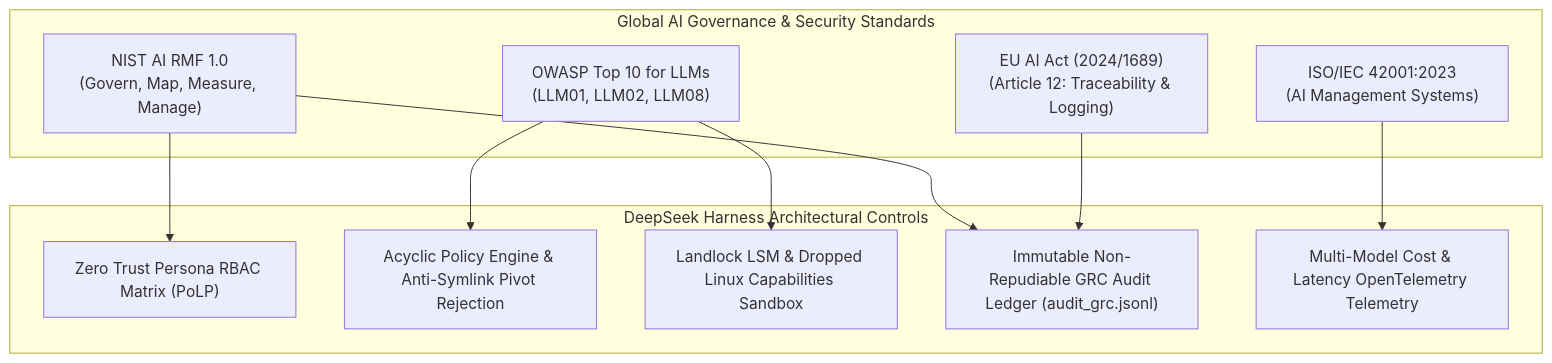
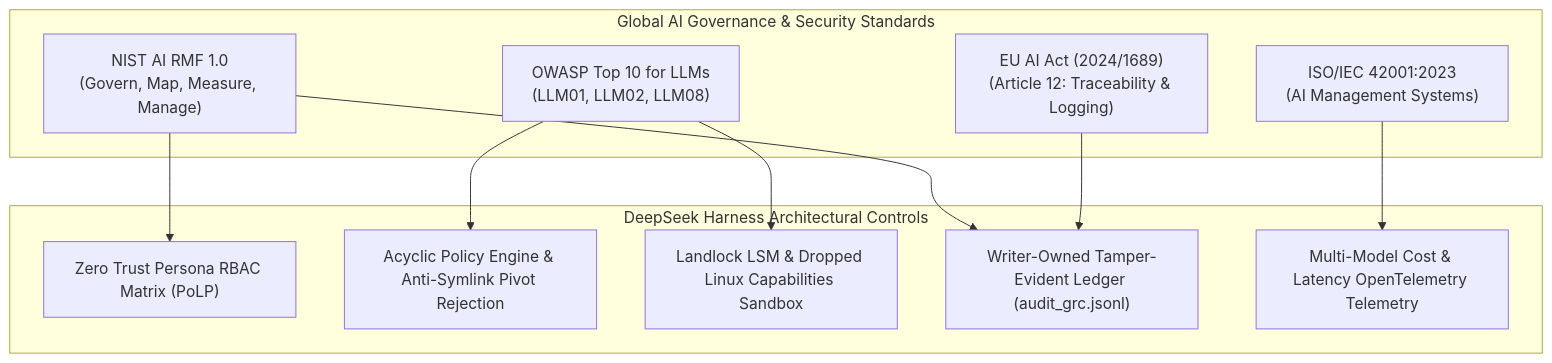
Before and after one commit to hdjebar/DSH-DDS: the third of 4 diagrams in docs/architecture/sota-whitepaper.md, drawn with Mermaid. The commit also changed other lines of this file and 17 other files, not shown here.

Commit message:
docs: align security documentation and diagrams

````diff
--- a/docs/architecture/sota-whitepaper.md
+++ b/docs/architecture/sota-whitepaper.md
@@ -233,24 +233,24 @@
 ```mermaid
 flowchart TD
     subgraph Standards ["Global AI Governance & Security Standards"]
         NIST["NIST AI RMF 1.0\n(Govern, Map, Measure, Manage)"]
         OWASP["OWASP Top 10 for LLMs\n(LLM01, LLM02, LLM08)"]
         EU_ACT["EU AI Act (2024/1689)\n(Article 12: Traceability & Logging)"]
         ISO["ISO/IEC 42001:2023\n(AI Management Systems)"]
     end
 
     subgraph Harness_Controls ["DeepSeek Harness Architectural Controls"]
         C1["Zero Trust Persona RBAC Matrix (PoLP)"]
         C2["Acyclic Policy Engine & Anti-Symlink Pivot Rejection"]
         C3["Landlock LSM & Dropped Linux Capabilities Sandbox"]
-        C4["Immutable Non-Repudiable GRC Audit Ledger (audit_grc.jsonl)"]
+        C4["Writer-Owned Tamper-Evident Ledger (audit_grc.jsonl)"]
         C5["Multi-Model Cost & Latency OpenTelemetry Telemetry"]
     end
 
     NIST --> C1
     NIST --> C4
     OWASP --> C2
     OWASP --> C3
     EU_ACT --> C4
     ISO --> C5
 ```
````
